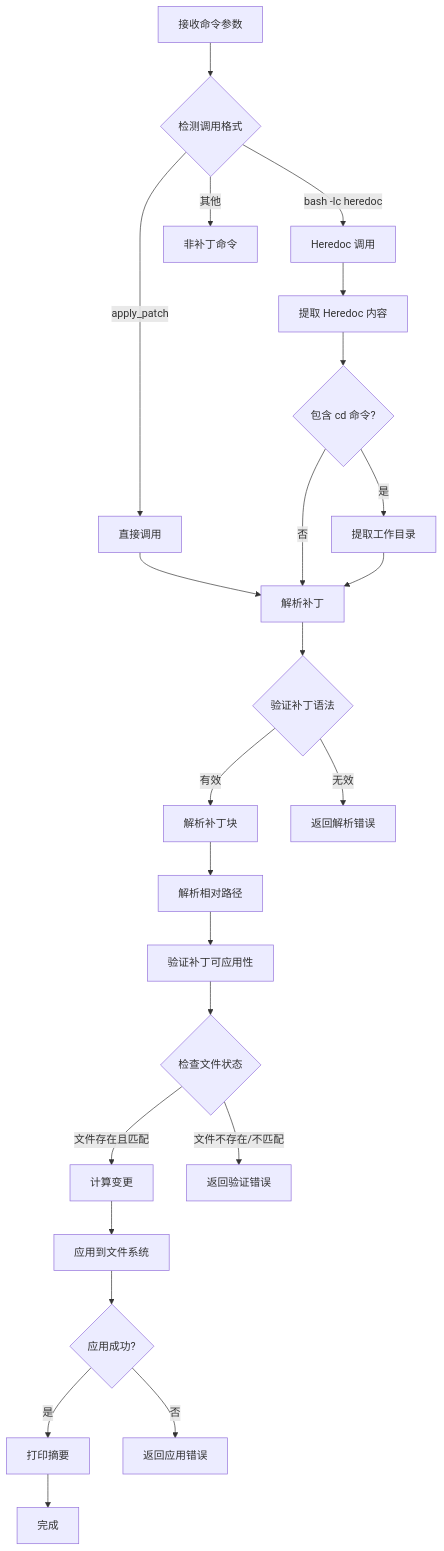
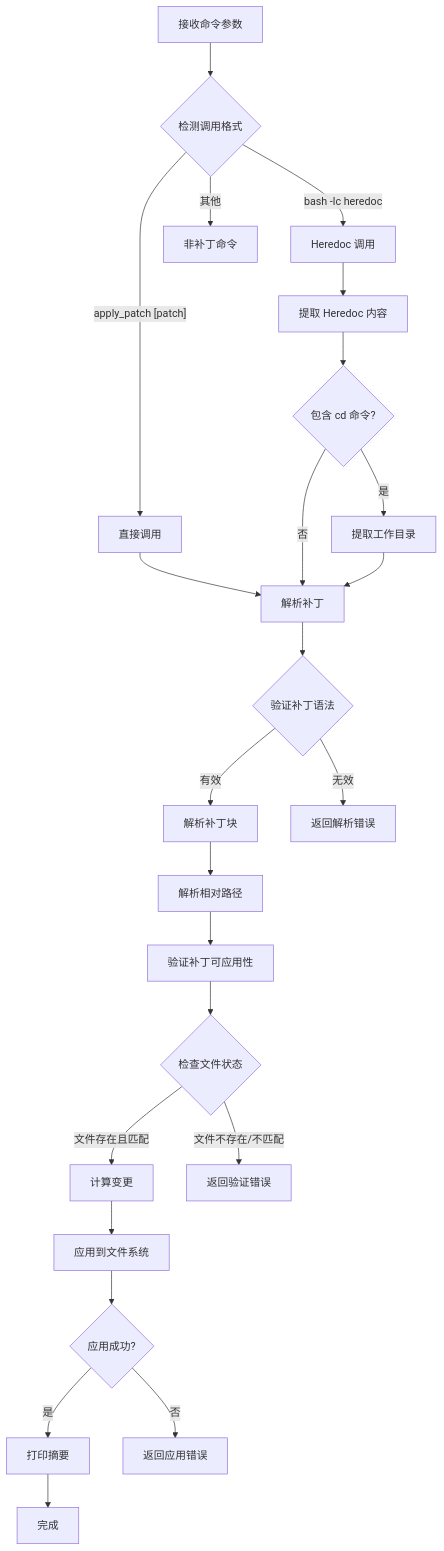
Before and after one commit to div002123/gode: the first of 9 diagrams in docs/apply-patch-流程图.md, drawn with Mermaid.

Commit message:
进一步修复 apply-patch 流程图中的 mermaid 语法
- 将 <patch> 改为 [patch] 避免被误认为 HTML 标签
- 确保所有尖括号都在安全的上下文中使用

````diff
--- a/docs/apply-patch-流程图.md
+++ b/docs/apply-patch-流程图.md
@@ -9,36 +9,36 @@
 ```mermaid
 flowchart TD
     Start[接收命令参数] --> DetectFormat{检测调用格式}
 
-    DetectFormat -->|"apply_patch <patch>"| DirectInvocation[直接调用]
+    DetectFormat -->|"apply_patch [patch]"| DirectInvocation[直接调用]
     DetectFormat -->|bash -lc heredoc| HeredocInvocation[Heredoc 调用]
     DetectFormat -->|其他| NotApplyPatch[非补丁命令]
 
     DirectInvocation --> ParsePatch[解析补丁]
     HeredocInvocation --> ExtractHeredoc[提取 Heredoc 内容]
     ExtractHeredoc --> CheckCdCommand{包含 cd 命令?}
 
     CheckCdCommand -->|是| ExtractWorkdir[提取工作目录]
     CheckCdCommand -->|否| ParsePatch
 
     ExtractWorkdir --> ParsePatch
 
     ParsePatch --> ValidateSyntax{验证补丁语法}
     ValidateSyntax -->|有效| ParseHunks[解析补丁块]
     ValidateSyntax -->|无效| ReturnParseError[返回解析错误]
 
     ParseHunks --> ResolveRelativePaths[解析相对路径]
     ResolveRelativePaths --> VerifyPatches[验证补丁可应用性]
 
     VerifyPatches --> CheckFiles{检查文件状态}
     CheckFiles -->|文件存在且匹配| ComputeChanges[计算变更]
     CheckFiles -->|文件不存在/不匹配| ReturnVerifyError[返回验证错误]
 
     ComputeChanges --> ApplyToFileSystem[应用到文件系统]
     ApplyToFileSystem --> CheckSuccess{应用成功?}
 
     CheckSuccess -->|是| PrintSummary[打印摘要]
     CheckSuccess -->|否| ReturnApplyError[返回应用错误]
 
     PrintSummary --> End[完成]
 ```
````
